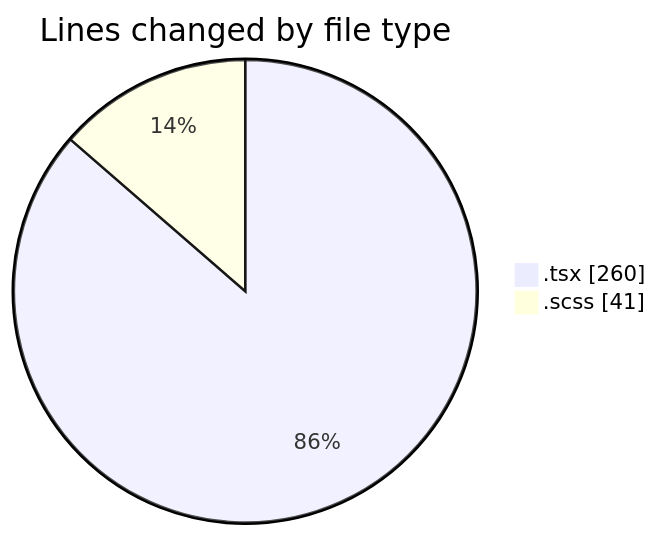
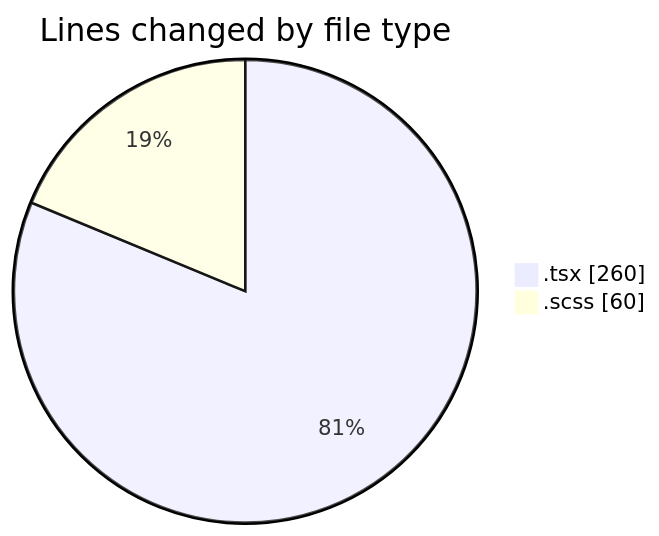
One commit to momahboobian/code-tracking changed the first of 2 diagrams in 2026-04-10/cda/README.md. Above: the diagram before and after it, drawn with Mermaid. The commit also changed other lines of this file and 1 other file, not shown here.

````diff
--- a/2026-04-10/cda/README.md
+++ b/2026-04-10/cda/README.md
@@ -22,6 +22,6 @@
 ```mermaid
 pie showData
 title Lines changed by file type
 ".tsx" : 260
-".scss" : 41
+".scss" : 60
 ```
````
